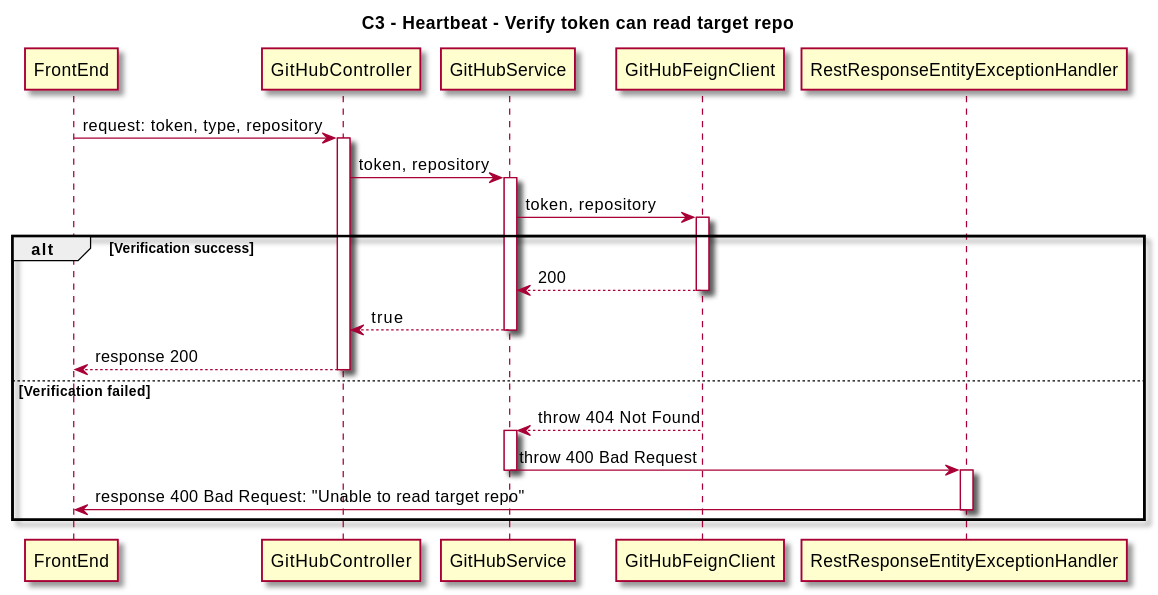
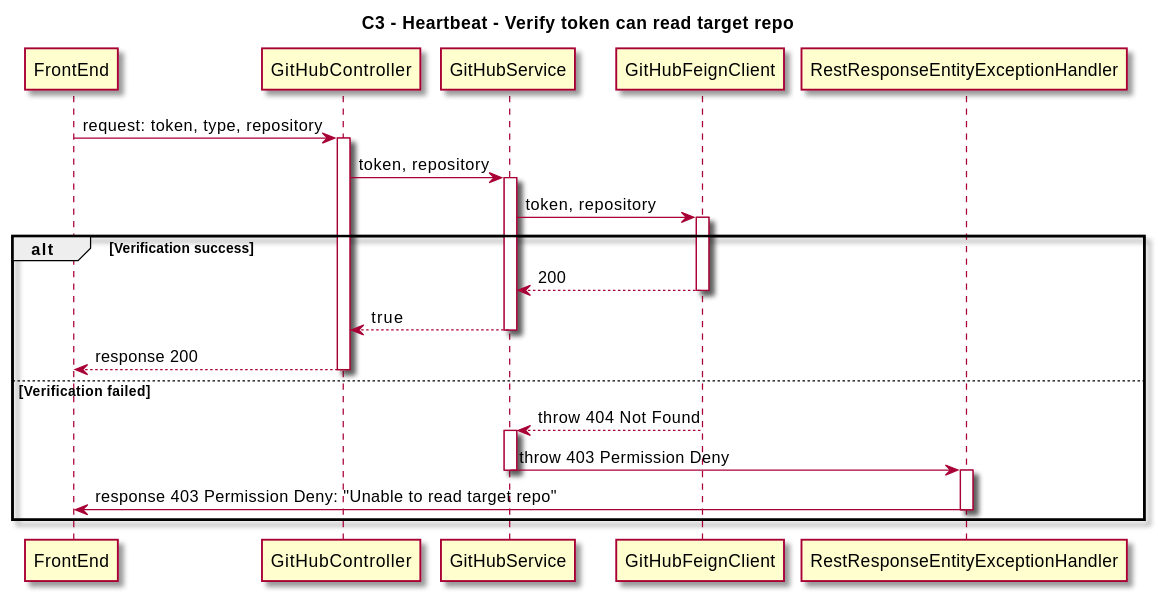
One commit to thoughtworks/HeartBeat changed the second of 2 diagrams in docs/src/content/docs/en/spikes/tech-spikes-split-verify-of-github.mdx. Above: the diagram before and after it, drawn with PlantUML. The commit also changed other lines of this file, not shown here.

Commit message:
ADM-679:[docs]feat: change path and add more exception

````diff
--- a/docs/src/content/docs/en/spikes/tech-spikes-split-verify-of-github.mdx
+++ b/docs/src/content/docs/en/spikes/tech-spikes-split-verify-of-github.mdx
@@ -111,40 +113,40 @@
 ```plantuml
 @startuml
 skin rose
 title C3 - Heartbeat - Verify token can read target repo
 
 participant FrontEnd
 participant GitHubController
 participant GitHubService
 participant GitHubFeignClient
 participant RestResponseEntityExceptionHandler
 
 ' group Verify token can read target repo
     FrontEnd -> GitHubController: request: token, type, repository
     activate GitHubController
     GitHubController -> GitHubService: token, repository
     activate GitHubService
     GitHubService -> GitHubFeignClient: token, repository
     activate GitHubFeignClient
 alt Verification success
     GitHubFeignClient --> GitHubService: 200
     deactivate GitHubFeignClient
     GitHubService --> GitHubController: true
     deactivate GitHubService
     GitHubController --> FrontEnd: response 200
     deactivate GitHubController
 else Verification failed
     GitHubFeignClient --> GitHubService: throw 404 Not Found
     deactivate GitHubFeignClient
     activate GitHubService
-    GitHubService -> RestResponseEntityExceptionHandler: throw 400 Bad Request
+    GitHubService -> RestResponseEntityExceptionHandler: throw 403 Permission Deny
     deactivate GitHubService
     deactivate GitHubFeignClient
     activate RestResponseEntityExceptionHandler
-    RestResponseEntityExceptionHandler -> FrontEnd: response 400 Bad Request: "Unable to read target repo"
+    RestResponseEntityExceptionHandler -> FrontEnd: response 403 Permission Deny: "Unable to read target repo"
     deactivate RestResponseEntityExceptionHandler
     ' deactivate GitHubService
     ' deactivate GitHubController
 end
 @enduml
 ```
````
